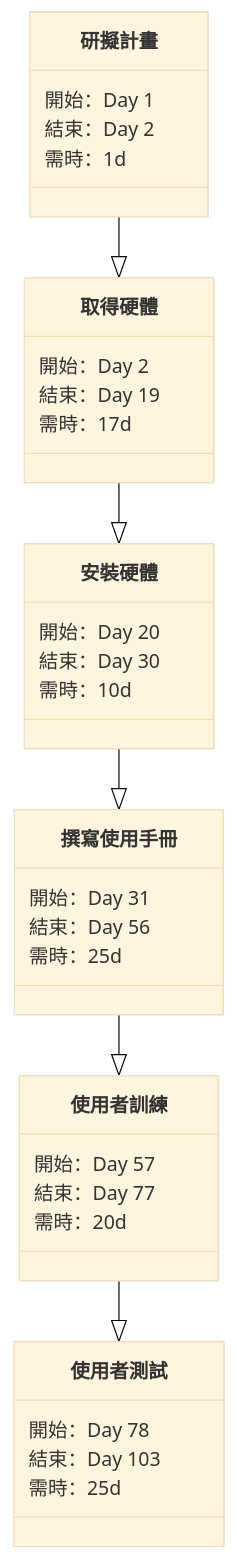
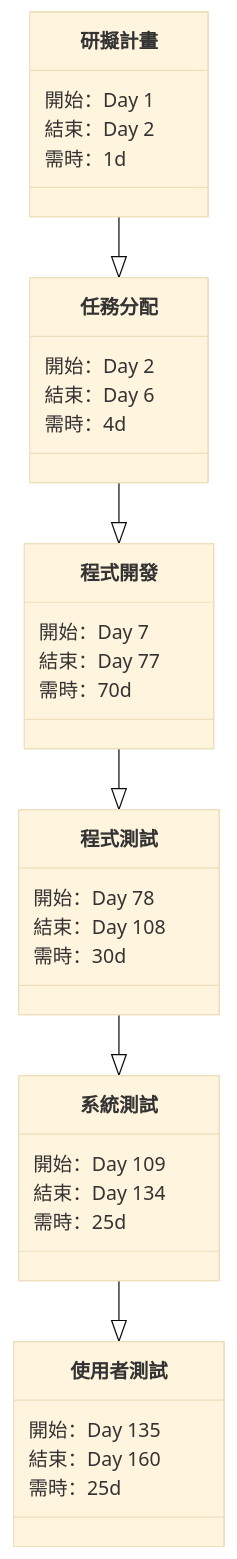
The third of 3 diagrams in hw2.md (MoRedChen/2022-3a), drawn with Mermaid (base theme) before and after one commit. The commit also changed other lines of this file, not shown here.

````diff
--- a/hw2.md
+++ b/hw2.md
@@ -107,34 +107,33 @@
 ```mermaid
 classDiagram
 
-
-研擬計畫 --|> 取得硬體
-取得硬體 --|> 安裝硬體
-安裝硬體 --|> 撰寫使用手冊
-撰寫使用手冊 --|> 使用者訓練
-使用者訓練 --|> 使用者測試
+研擬計畫 --|> 任務分配
+任務分配 --|> 程式開發
+程式開發 --|> 程式測試
+程式測試 --|> 系統測試
+系統測試 --|> 使用者測試
 
 研擬計畫 : 開始：Day 1
 研擬計畫 : 結束：Day 2
 研擬計畫 : 需時：1d
 
-取得硬體 : 開始：Day 2
-取得硬體 : 結束：Day 19
-取得硬體 : 需時：17d
+任務分配 : 開始：Day 2
+任務分配 : 結束：Day 6
+任務分配 : 需時：4d
 
-安裝硬體 : 開始：Day 20
-安裝硬體 : 結束：Day 30
-安裝硬體 : 需時：10d
+程式開發 : 開始：Day 7
+程式開發 : 結束：Day 77
+程式開發 : 需時：70d
 
-撰寫使用手冊 : 開始：Day 31
-撰寫使用手冊 : 結束：Day 56
-撰寫使用手冊 : 需時：25d
+程式測試 : 開始：Day 78
+程式測試 : 結束：Day 108
+程式測試 : 需時：30d
 
-使用者訓練 : 開始：Day 57
-使用者訓練 : 結束：Day 77
-使用者訓練 : 需時：20d
+系統測試 : 開始：Day 109
+系統測試 : 結束：Day 134
+系統測試 : 需時：25d
 
-使用者測試 : 開始：Day 78
-使用者測試 : 結束：Day 103
+使用者測試 : 開始：Day 135
+使用者測試 : 結束：Day 160
 使用者測試 : 需時：25d
 ```
````
